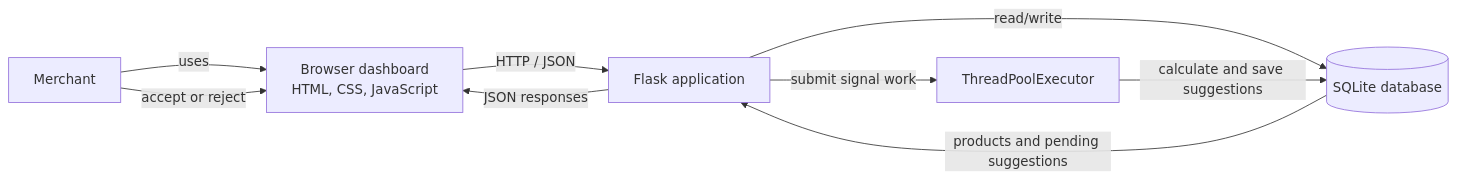
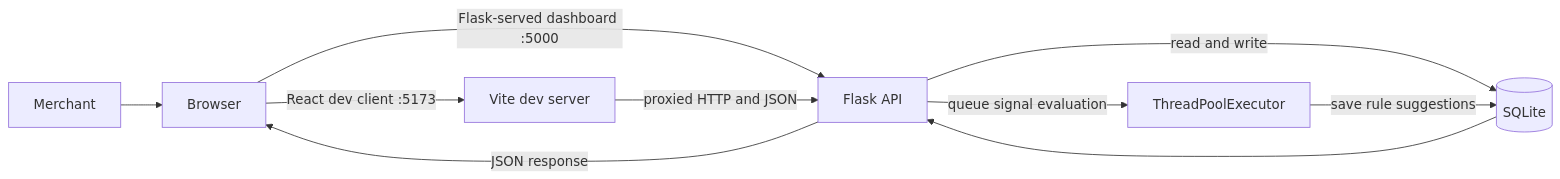
The first of 2 diagrams in README.md (rudranis/Zycus_Hackthon), drawn with Mermaid before and after one commit. The commit also changed other lines of this file, not shown here.

````diff
--- a/README.md
+++ b/README.md
@@ -24,11 +26,12 @@
 ```mermaid
 flowchart LR
-    User[Merchant] -->|uses| Browser[Browser dashboard<br/>HTML, CSS, JavaScript]
-    Browser -->|HTTP / JSON| Flask[Flask application]
-    Flask -->|read/write| SQLite[(SQLite database)]
-    Flask -->|submit signal work| Workers[ThreadPoolExecutor]
-    Workers -->|calculate and save suggestions| SQLite
-    SQLite -->|products and pending suggestions| Flask
-    Flask -->|JSON responses| Browser
-    User -->|accept or reject| Browser
+    User[Merchant] --> Browser[Browser]
+    Browser -->|Flask-served dashboard :5000| Flask[Flask API]
+    Browser -->|React dev client :5173| Vite[Vite dev server]
+    Vite -->|proxied HTTP and JSON| Flask
+    Flask -->|read and write| DB[(SQLite)]
+    Flask -->|queue signal evaluation| Worker[ThreadPoolExecutor]
+    Worker -->|save rule suggestions| DB
+    DB --> Flask
+    Flask -->|JSON response| Browser
 ```
````
